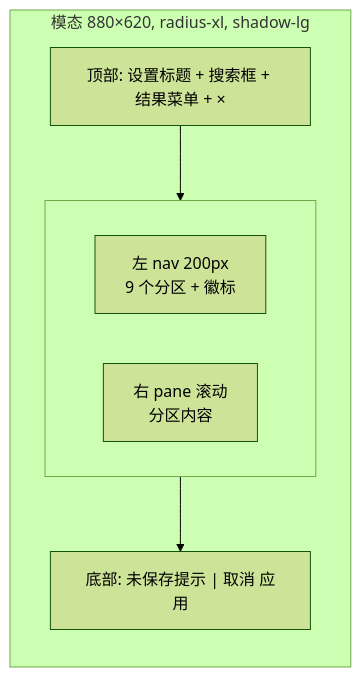
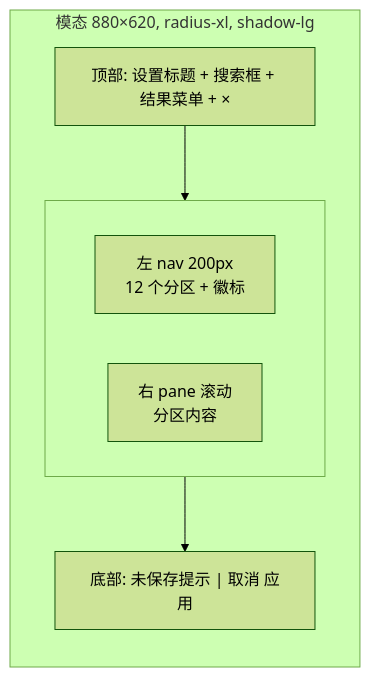
Before and after one commit to jinhuang712/open-novel: the diagram in design/04-settings.md, drawn with Mermaid (forest theme). The commit also changed other lines of this file and 12 other files, not shown here.

````diff
--- a/design/04-settings.md
+++ b/design/04-settings.md
@@ -11,14 +11,14 @@
 ```mermaid
 flowchart LR
   subgraph DLG["模态 880×620, radius-xl, shadow-lg"]
     direction TB
     TOP["顶部: 设置标题 + 搜索框 + 结果菜单 + ×"]
     subgraph BODY[" "]
       direction LR
-      NAV["左 nav 200px<br/>9 个分区 + 徽标"]
+      NAV["左 nav 200px<br/>12 个分区 + 徽标"]
       PANE["右 pane 滚动<br/>分区内容"]
     end
     FOOT["底部: 未保存提示 | 取消 应用"]
     TOP --> BODY --> FOOT
   end
 ```
````
